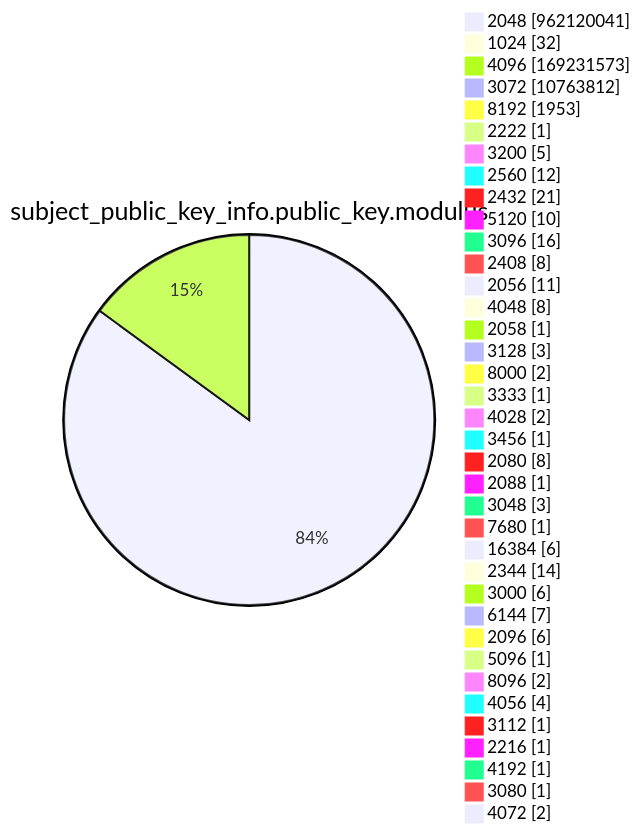
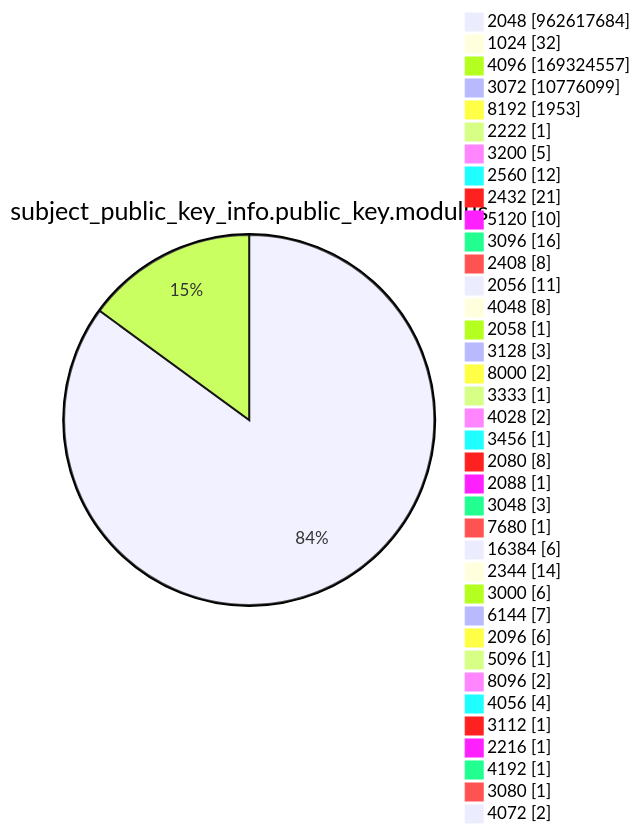
Diagram 13 of 15 in argon2022/README.md (christiankrug/ctmonitor_visualization), drawn with Mermaid before and after one commit. The commit also changed other lines of this file, not shown here.

````diff
--- a/argon2022/README.md
+++ b/argon2022/README.md
@@ -3586,41 +3586,41 @@
 ```mermaid
 pie showData
 title subject_public_key_info.public_key.modulus
-"2048" :962120041
+"2048" :962617684
 "1024" :32
-"4096" :169231573
-"3072" :10763812
+"4096" :169324557
+"3072" :10776099
 "8192" :1953
 "2222" :1
 "3200" :5
 "2560" :12
 "2432" :21
 "5120" :10
 "3096" :16
 "2408" :8
 "2056" :11
 "4048" :8
 "2058" :1
 "3128" :3
 "8000" :2
 "3333" :1
 "4028" :2
 "3456" :1
 "2080" :8
 "2088" :1
 "3048" :3
 "7680" :1
 "16384" :6
 "2344" :14
 "3000" :6
 "6144" :7
 "2096" :6
 "5096" :1
 "8096" :2
 "4056" :4
 "3112" :1
 "2216" :1
 "4192" :1
 "3080" :1
 "4072" :2
 ```
````
